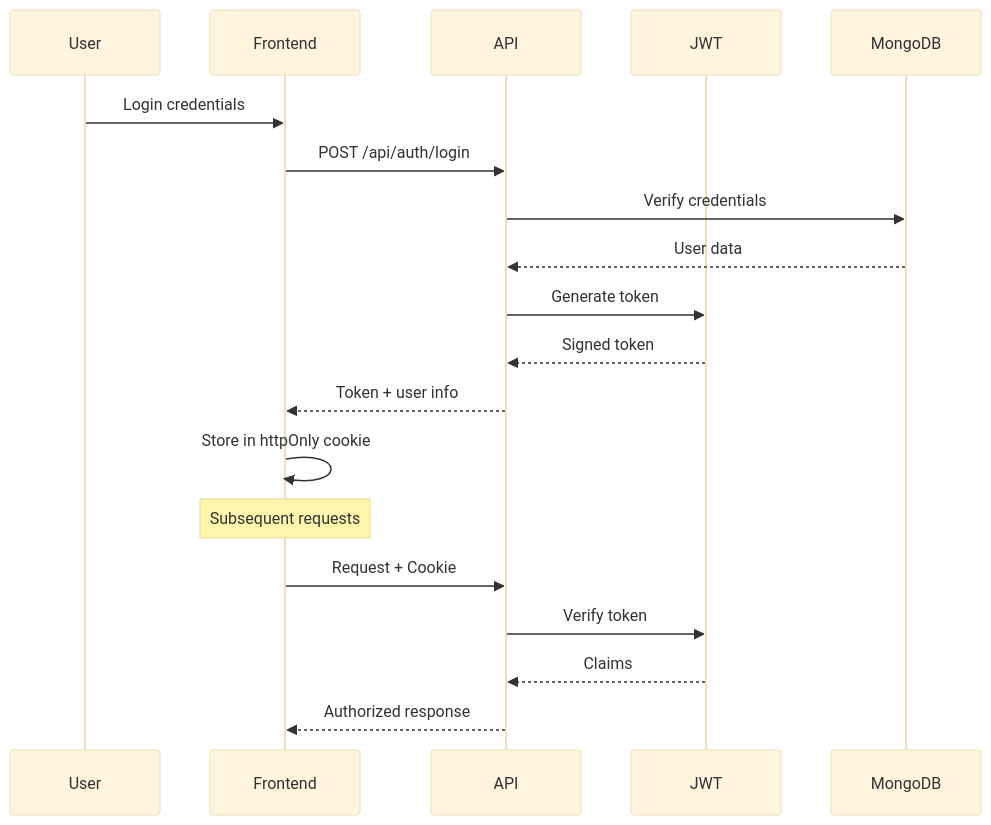
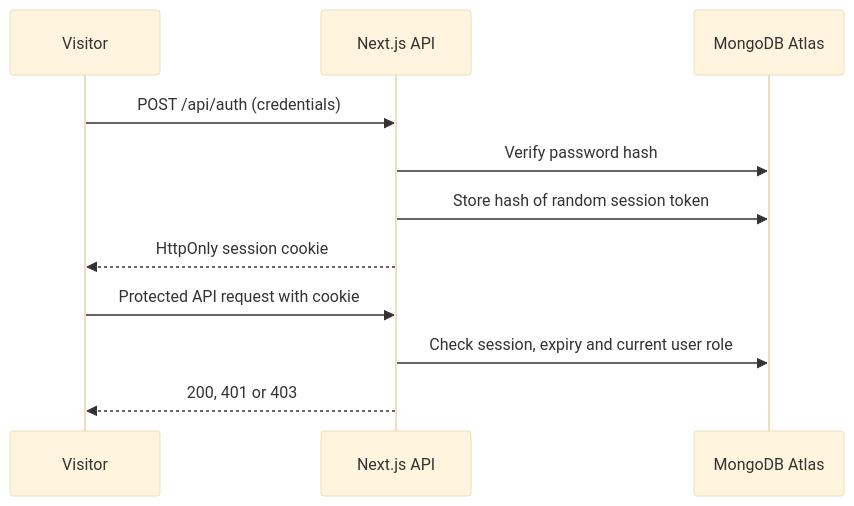
One commit to mvulcu/devops-portfolio-docs changed the fifth of 6 diagrams in docs/kulturHub/architecture.md. Above: the diagram before and after it, drawn with Mermaid (base theme). The commit also changed other lines of this file and 8 other files, not shown here.

Commit message:
Develop KulturHub case study with source-aligned architecture and operations

````diff
--- a/docs/kulturHub/architecture.md
+++ b/docs/kulturHub/architecture.md
@@ -225,23 +225,13 @@
 ```mermaid
 sequenceDiagram
-    participant User
-    participant Frontend
-    participant API
-    participant JWT
-    participant MongoDB
-    
-    User->>Frontend: Login credentials
-    Frontend->>API: POST /api/auth/login
-    API->>MongoDB: Verify credentials
-    MongoDB-->>API: User data
-    API->>JWT: Generate token
-    JWT-->>API: Signed token
-    API-->>Frontend: Token + user info
-    Frontend->>Frontend: Store in httpOnly cookie
-    
-    Note over Frontend: Subsequent requests
-    Frontend->>API: Request + Cookie
-    API->>JWT: Verify token
-    JWT-->>API: Claims
-    API-->>Frontend: Authorized response
+    participant Visitor
+    participant App as Next.js API
+    participant DB as MongoDB Atlas
+    Visitor->>App: POST /api/auth (credentials)
+    App->>DB: Verify password hash
+    App->>DB: Store hash of random session token
+    App-->>Visitor: HttpOnly session cookie
+    Visitor->>App: Protected API request with cookie
+    App->>DB: Check session, expiry and current user role
+    App-->>Visitor: 200, 401 or 403
 ```
````
